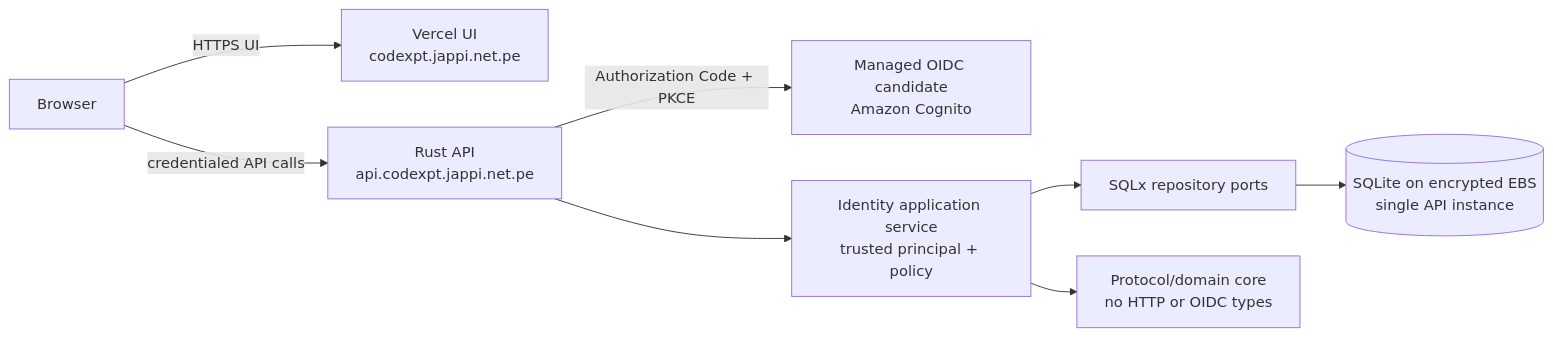
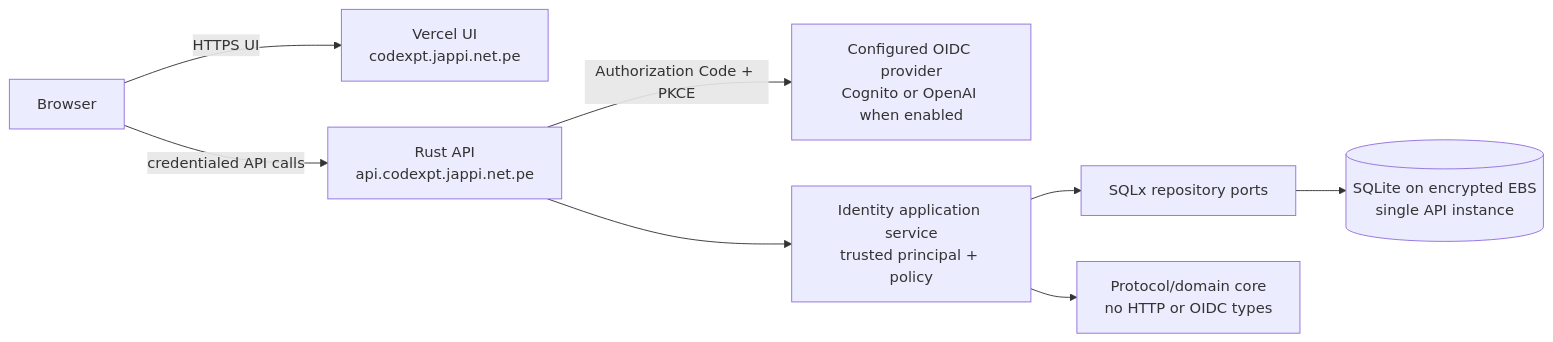
The fourth of 4 diagrams in docs/architecture/C4.md (CyberStill-GmbH/codexpt), drawn with Mermaid before and after one commit. The commit also changed other lines of this file and 24 other files, not shown here.

````diff
--- a/docs/architecture/C4.md
+++ b/docs/architecture/C4.md
@@ -120,10 +120,10 @@
 ```mermaid
 flowchart LR
     Browser["Browser"] -->|HTTPS UI| Vercel["Vercel UI\ncodexpt.jappi.net.pe"]
     Browser -->|credentialed API calls| API["Rust API\napi.codexpt.jappi.net.pe"]
-    API -->|Authorization Code + PKCE| Cognito["Managed OIDC candidate\nAmazon Cognito"]
+    API -->|Authorization Code + PKCE| IdP["Configured OIDC provider\nCognito or OpenAI when enabled"]
     API --> AuthApp["Identity application service\ntrusted principal + policy"]
     AuthApp --> SQLx["SQLx repository ports"]
     SQLx --> SQLite[("SQLite on encrypted EBS\nsingle API instance")]
     AuthApp --> Core["Protocol/domain core\nno HTTP or OIDC types"]
 ```
````
